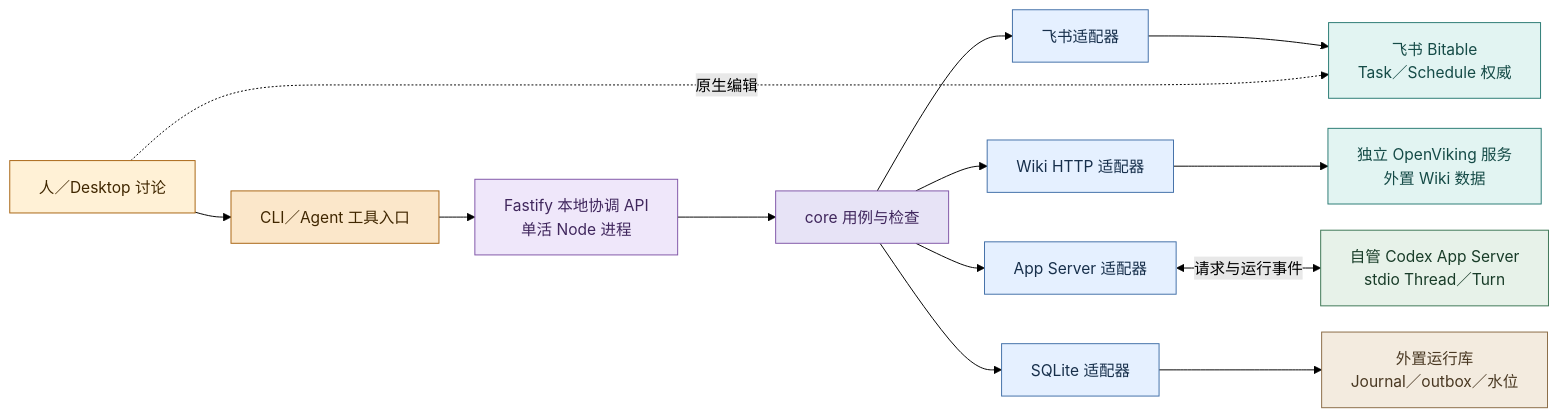
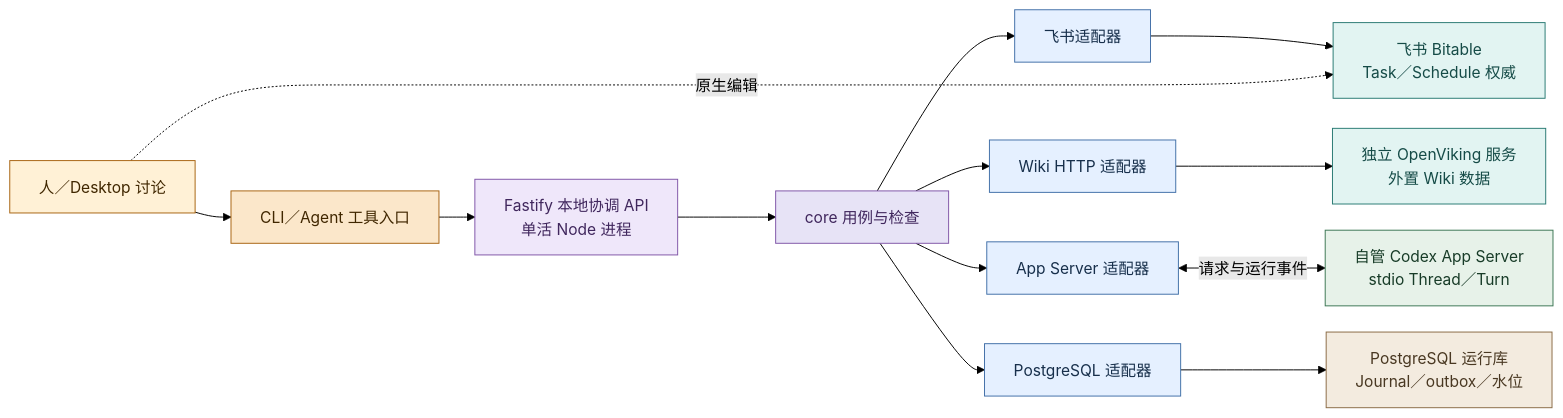
The second of 2 diagrams in docs/architecture/packages.md (cyl19970726/evoLoop), drawn with Mermaid (forest theme) before and after one commit. The commit also changed other lines of this file and 7 other files, not shown here.

Commit message:
docs: select PostgreSQL for runtime persistence

````diff
--- a/docs/architecture/packages.md
+++ b/docs/architecture/packages.md
@@ -66,20 +66,20 @@
 ```mermaid
 %%{init: {"flowchart":{"wrappingWidth":210,"nodeSpacing":27,"rankSpacing":37}}}%%
 flowchart LR
   H["人／Desktop 讨论"]:::human --> B["CLI／Agent 工具入口"]:::entry
   B --> A["Fastify 本地协调 API<br/>单活 Node 进程"]:::app
   A --> C["core 用例与检查"]:::core
   C --> F["飞书适配器"]:::adapter --> FS["飞书 Bitable<br/>Task／Schedule 权威"]:::authority
   C --> W["Wiki HTTP 适配器"]:::adapter --> OV["独立 OpenViking 服务<br/>外置 Wiki 数据"]:::authority
   C --> R["App Server 适配器"]:::adapter <-->|请求与运行事件| AS["自管 Codex App Server<br/>stdio Thread／Turn"]:::external
-  C --> L["SQLite 适配器"]:::adapter --> DB["外置运行库<br/>Journal／outbox／水位"]:::state
+  C --> L["PostgreSQL 适配器"]:::adapter --> DB["PostgreSQL 运行库<br/>Journal／outbox／水位"]:::state
   H -.->|原生编辑| FS
   classDef human fill:#FFF1D6,stroke:#A86412,color:#402700
   classDef entry fill:#FBE7CA,stroke:#A86412,color:#402700
   classDef app fill:#EFE7FA,stroke:#8056A8,color:#40275D
   classDef core fill:#E7E3F6,stroke:#8056A8,color:#40275D
   classDef adapter fill:#E5F0FF,stroke:#4270A8,color:#172F4B
   classDef authority fill:#E2F4F2,stroke:#297A73,color:#154B47
   classDef external fill:#E7F2E9,stroke:#3C7654,color:#183C28
   classDef state fill:#F3EBDF,stroke:#8A6B45,color:#493822
 ```
````
